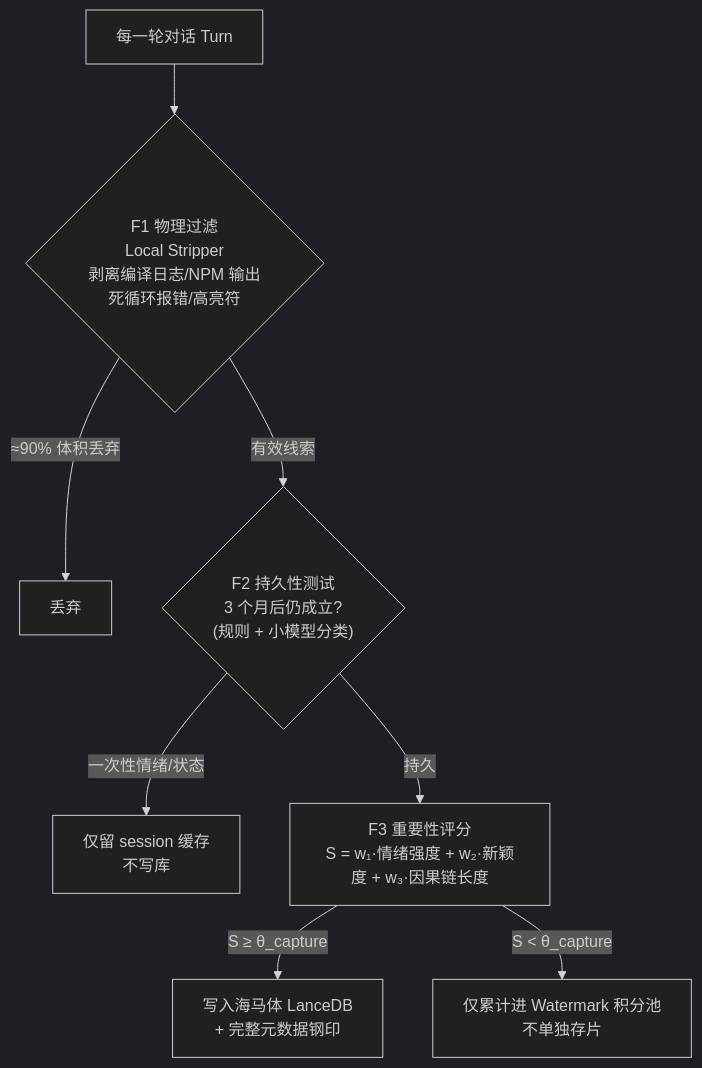
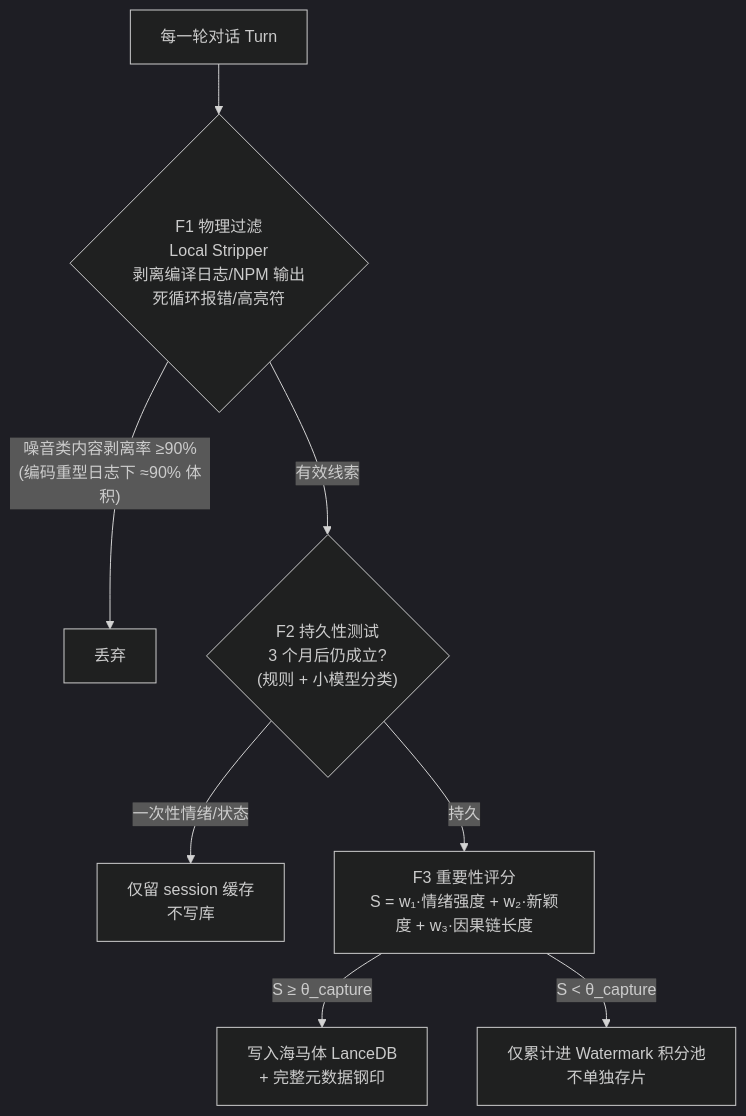
Before and after one commit to MnemoSeed/mnemoseed: the second of 7 diagrams in docs/design/01-记忆管线五阶段.md, drawn with Mermaid (dark theme). The commit also changed 1 other file, not shown here.

Commit message:
docs: NFR-1.2 reworded to noise-class stripping rate (>=90% of strippable content)
Real-corpus benchmark showed full-byte compression is content-population
dependent (0.4% on research/design sessions where tool noise is absent);
the gate now measures stripping of the noise classes the rules target,
with full-byte ratio kept as an observed metric. Design 01 F1 diagram
label updated to match.

````diff
--- a/docs/design/01-记忆管线五阶段.md
+++ b/docs/design/01-记忆管线五阶段.md
@@ -53,13 +53,13 @@
 ```mermaid
 flowchart TB
     Turn["每一轮对话 Turn"] --> F1
     F1{"F1 物理过滤<br/>Local Stripper<br/>剥离编译日志/NPM 输出<br/>死循环报错/高亮符"}
-    F1 -->|"≈90% 体积丢弃"| Trash1["丢弃"]
+    F1 -->|"噪音类内容剥离率 ≥90%<br/>(编码重型日志下 ≈90% 体积)"| Trash1["丢弃"]
     F1 -->|"有效线索"| F2
     F2{"F2 持久性测试<br/>3 个月后仍成立?<br/>(规则 + 小模型分类)"}
     F2 -->|"一次性情绪/状态"| Trash2["仅留 session 缓存<br/>不写库"]
     F2 -->|"持久"| F3
     F3["F3 重要性评分<br/>S = w₁·情绪强度 + w₂·新颖度 + w₃·因果链长度"]
     F3 -->|"S ≥ θ_capture"| Write["写入海马体 LanceDB<br/>+ 完整元数据钢印"]
     F3 -->|"S < θ_capture"| PoolNote["仅累计进 Watermark 积分池<br/>不单独存片"]
 ```
````
